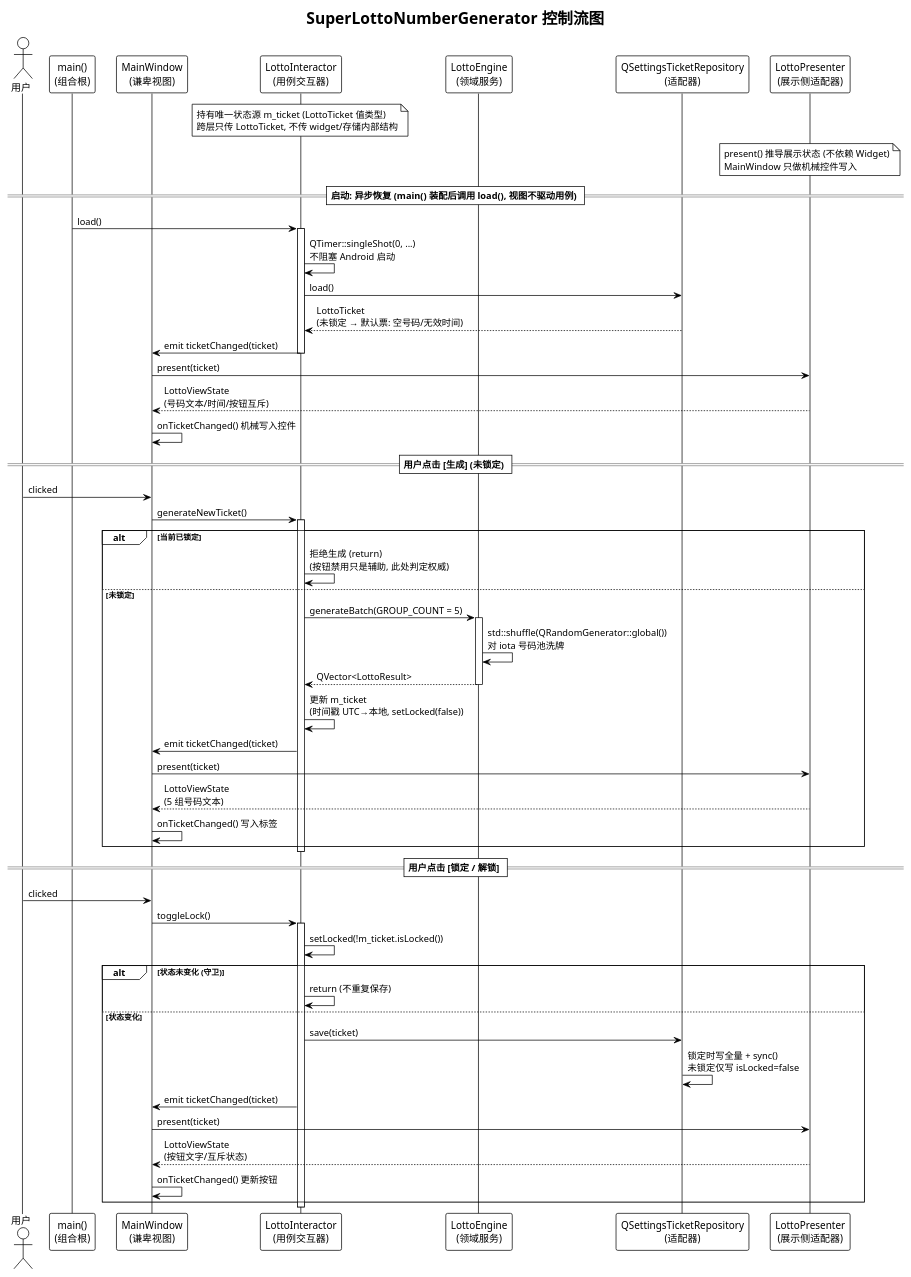
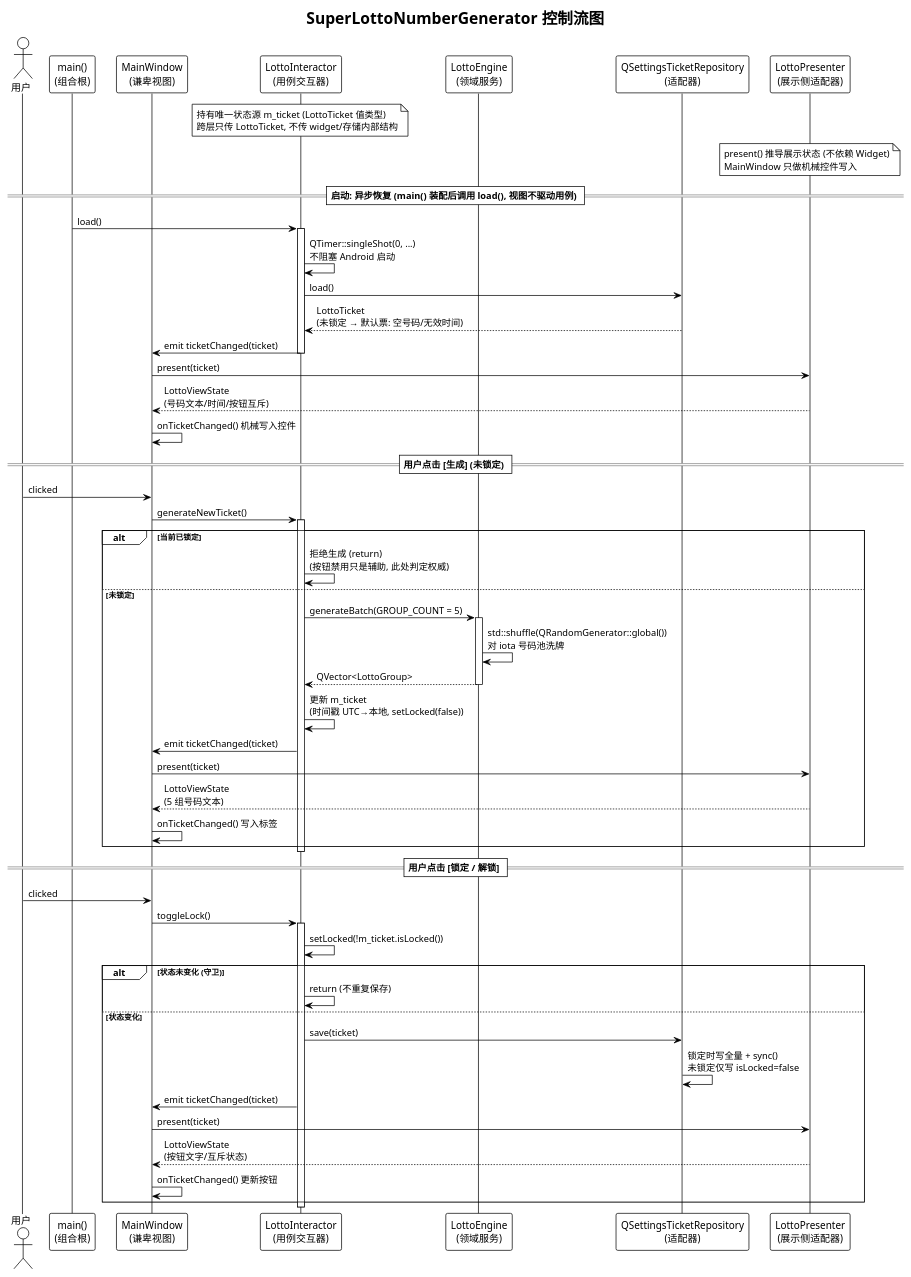
One commit to weiiiyan/SuperLottoNumberGenerator changed the diagram in doc/control-flow.puml. Above: the diagram before and after it, drawn with PlantUML. The commit also changed 20 other files, not shown here.

First line of the commit message:
LottoResult 更名为 LottoGroup 统一领域语言；文档补充按层封装理由

```diff
--- a/doc/control-flow.puml
+++ b/doc/control-flow.puml
@@ -1,71 +1,71 @@
 @startuml control-flow
 !theme plain
 ' 控制流图: 启动恢复 / 生成号码 / 锁定切换
 ' 渲染: 可用 VS Code PlantUML 插件, 或上传 kroki.io / plantuml.com 在线渲染
 
 title SuperLottoNumberGenerator 控制流图
 
 actor 用户 as U
 participant "main()\n(组合根)" as Main
 participant "MainWindow\n(谦卑视图)" as MW
 participant "LottoInteractor\n(用例交互器)" as C
 participant "LottoEngine\n(领域服务)" as E
 participant "QSettingsTicketRepository\n(适配器)" as R
 participant "LottoPresenter\n(展示侧适配器)" as P
 
 note over C : 持有唯一状态源 m_ticket (LottoTicket 值类型)\n跨层只传 LottoTicket, 不传 widget/存储内部结构
 note over P : present() 推导展示状态 (不依赖 Widget)\nMainWindow 只做机械控件写入
 
 == 启动: 异步恢复 (main() 装配后调用 load(), 视图不驱动用例) ==
 
 Main -> C : load()
 activate C
 C -> C : QTimer::singleShot(0, ...)\n不阻塞 Android 启动
 C -> R : load()
 R --> C : LottoTicket\n(未锁定 → 默认票: 空号码/无效时间)
 C -> MW : emit ticketChanged(ticket)
 deactivate C
 MW -> P : present(ticket)
 P --> MW : LottoViewState\n(号码文本/时间/按钮互斥)
 MW -> MW : onTicketChanged() 机械写入控件
 
 == 用户点击 [生成] (未锁定) ==
 
 U -> MW : clicked
 MW -> C : generateNewTicket()
 activate C
 alt 当前已锁定
     C -> C : 拒绝生成 (return)\n(按钮禁用只是辅助, 此处判定权威)
 else 未锁定
     C -> E : generateBatch(GROUP_COUNT = 5)
     activate E
     E -> E : std::shuffle(QRandomGenerator::global())\n对 iota 号码池洗牌
-    E --> C : QVector<LottoResult>
+    E --> C : QVector<LottoGroup>
     deactivate E
     C -> C : 更新 m_ticket\n(时间戳 UTC→本地, setLocked(false))
     C -> MW : emit ticketChanged(ticket)
     MW -> P : present(ticket)
     P --> MW : LottoViewState\n(5 组号码文本)
     MW -> MW : onTicketChanged() 写入标签
 end
 deactivate C
 
 == 用户点击 [锁定 / 解锁] ==
 
 U -> MW : clicked
 MW -> C : toggleLock()
 activate C
 C -> C : setLocked(!m_ticket.isLocked())
 alt 状态未变化 (守卫)
     C -> C : return (不重复保存)
 else 状态变化
     C -> R : save(ticket)
     R -> R : 锁定时写全量 + sync()\n未锁定仅写 isLocked=false
     C -> MW : emit ticketChanged(ticket)
     MW -> P : present(ticket)
     P --> MW : LottoViewState\n(按钮文字/互斥状态)
     MW -> MW : onTicketChanged() 更新按钮
 end
 deactivate C
 
 @enduml
```
